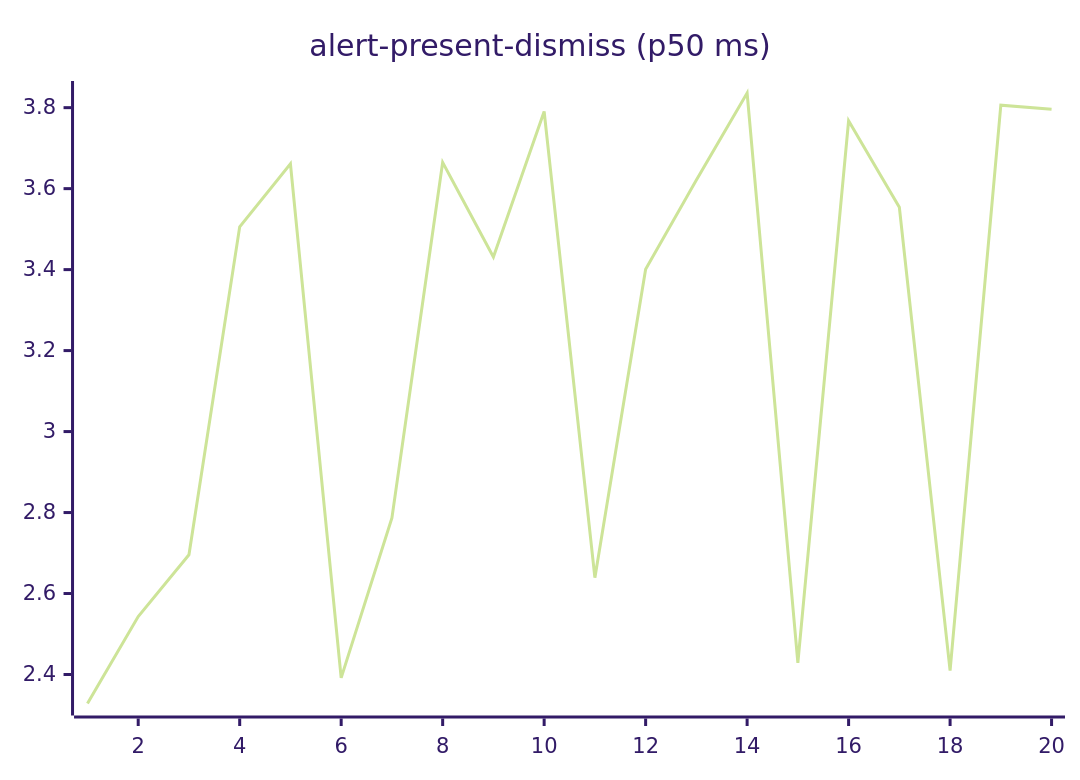
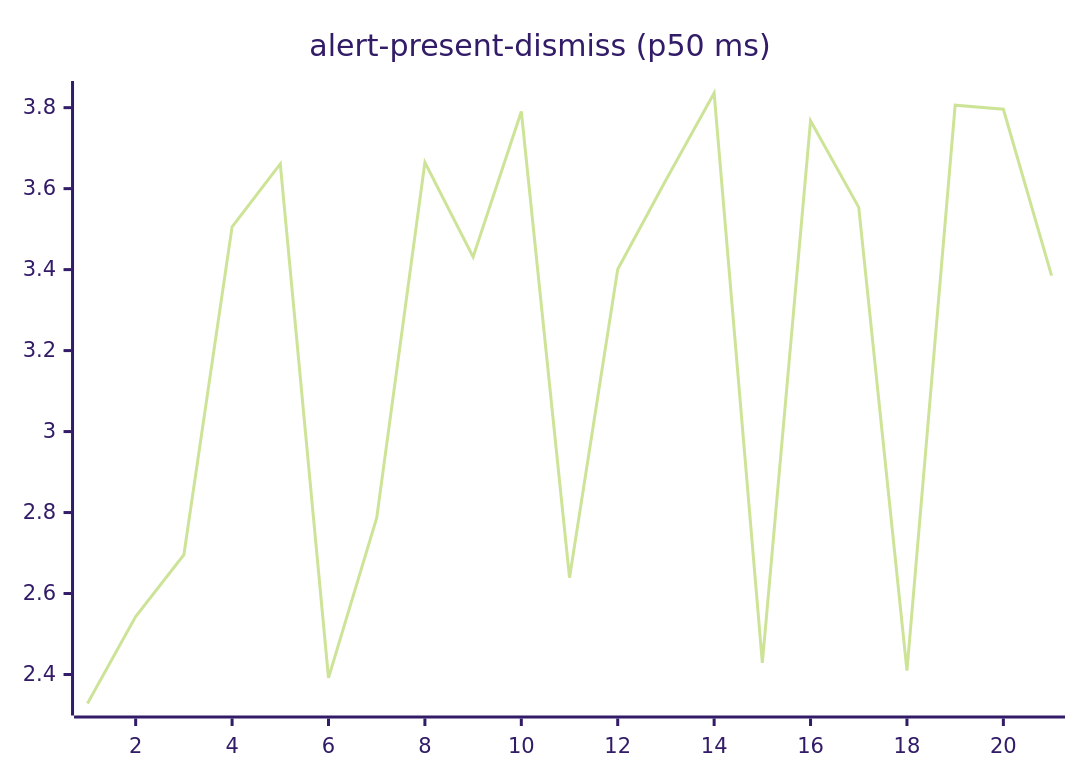
One commit to josha/Facet changed the second of 27 diagrams in README.md. Above: the diagram before and after it, drawn with Mermaid (forest theme). The commit also changed other lines of this file and 2 other files, not shown here.

````diff
--- a/README.md
+++ b/README.md
@@ -70,6 +70,6 @@
 ```mermaid
 xychart-beta
     title "alert-present-dismiss (p50 ms)"
-    x-axis 1 --> 20
-    line [2.3284, 2.5432, 2.6957, 3.5058, 3.6611, 2.3918, 2.7865, 3.6648, 3.4312, 3.7906, 2.6392, 3.4008, 3.6212, 3.8362, 2.4288, 3.7676, 3.5538, 2.4095, 3.8060, 3.7961]
+    x-axis 1 --> 21
+    line [2.3284, 2.5432, 2.6957, 3.5058, 3.6611, 2.3918, 2.7865, 3.6648, 3.4312, 3.7906, 2.6392, 3.4008, 3.6212, 3.8362, 2.4288, 3.7676, 3.5538, 2.4095, 3.8060, 3.7961, 3.3851]
 ```
````
